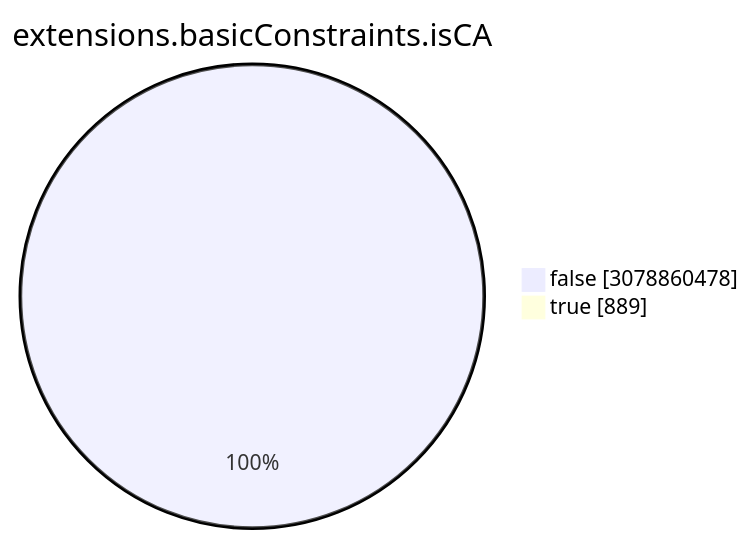
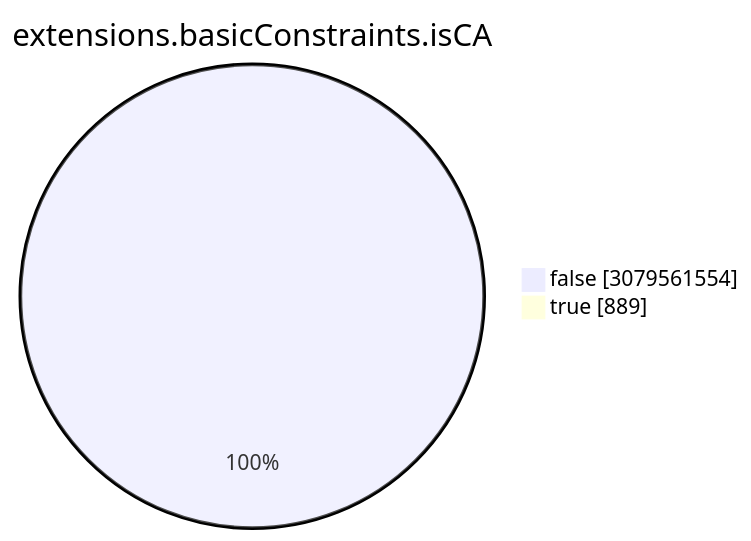
The seventh of 15 diagrams in TOTAL/README.md (christiankrug/ctmonitor_visualization), drawn with Mermaid before and after one commit. The commit also changed other lines of this file, not shown here.

````diff
--- a/TOTAL/README.md
+++ b/TOTAL/README.md
@@ -3088,6 +3088,6 @@
 ```mermaid
 pie showData
 title extensions.basicConstraints.isCA
-"false" :3078860478
+"false" :3079561554
 "true" :889
 ```
````
